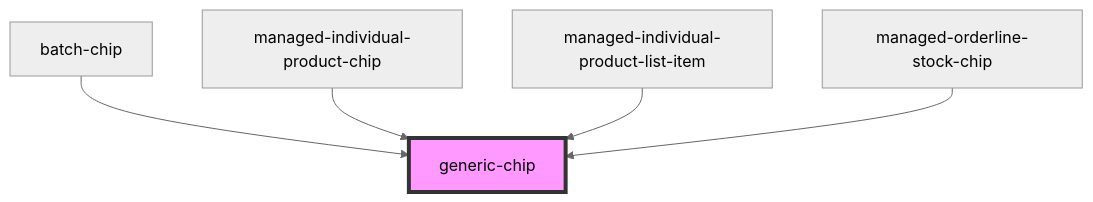
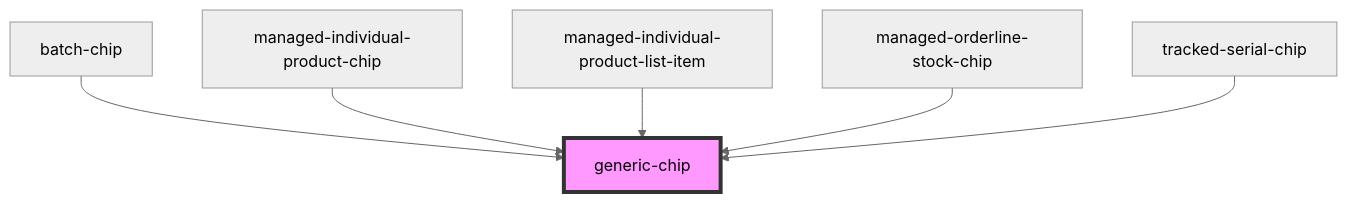
One commit to PharmaLedger-IMI/fgt-workspace changed the diagram in pdm-web-components/src/components/generic-chip/readme.md. Above: the diagram before and after it, drawn with Mermaid (neutral theme). The commit also changed other lines of this file and 41 other files, not shown here.

````diff
--- a/pdm-web-components/src/components/generic-chip/readme.md
+++ b/pdm-web-components/src/components/generic-chip/readme.md
@@ -34,8 +36,9 @@
 ```mermaid
 graph TD;
   batch-chip --> generic-chip
   managed-individual-product-chip --> generic-chip
   managed-individual-product-list-item --> generic-chip
   managed-orderline-stock-chip --> generic-chip
+  tracked-serial-chip --> generic-chip
   style generic-chip fill:#f9f,stroke:#333,stroke-width:4px
 ```
````
